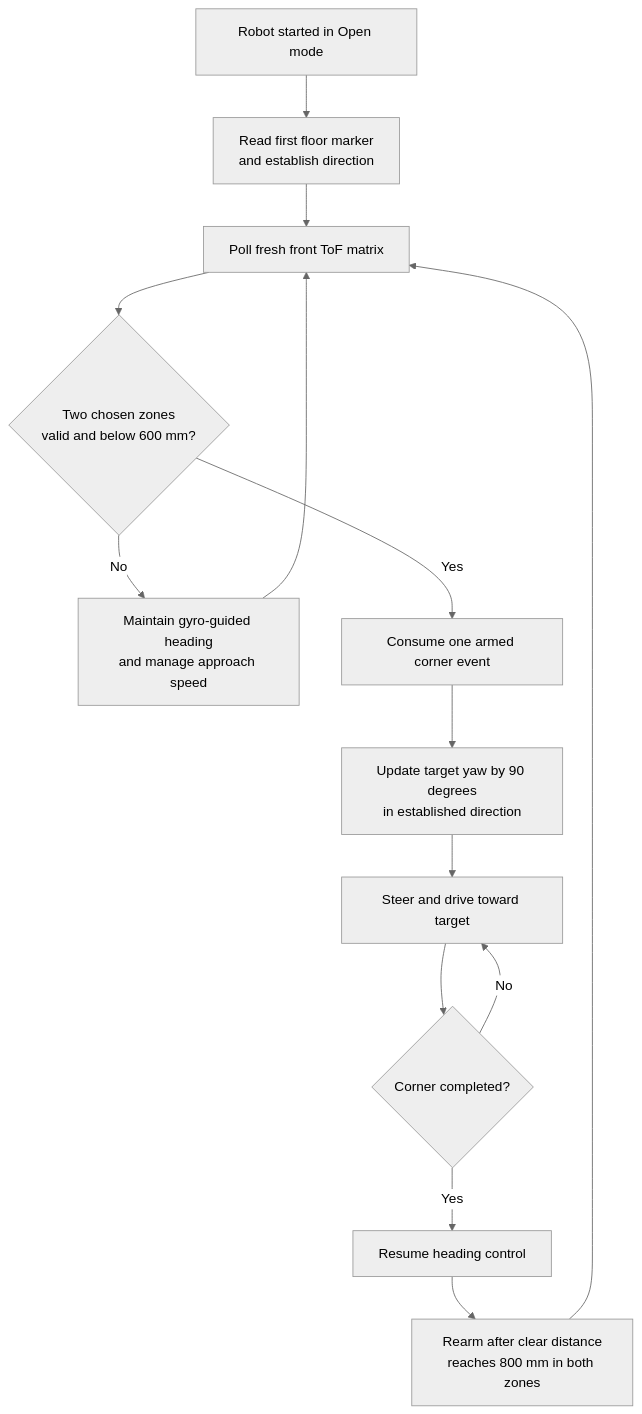
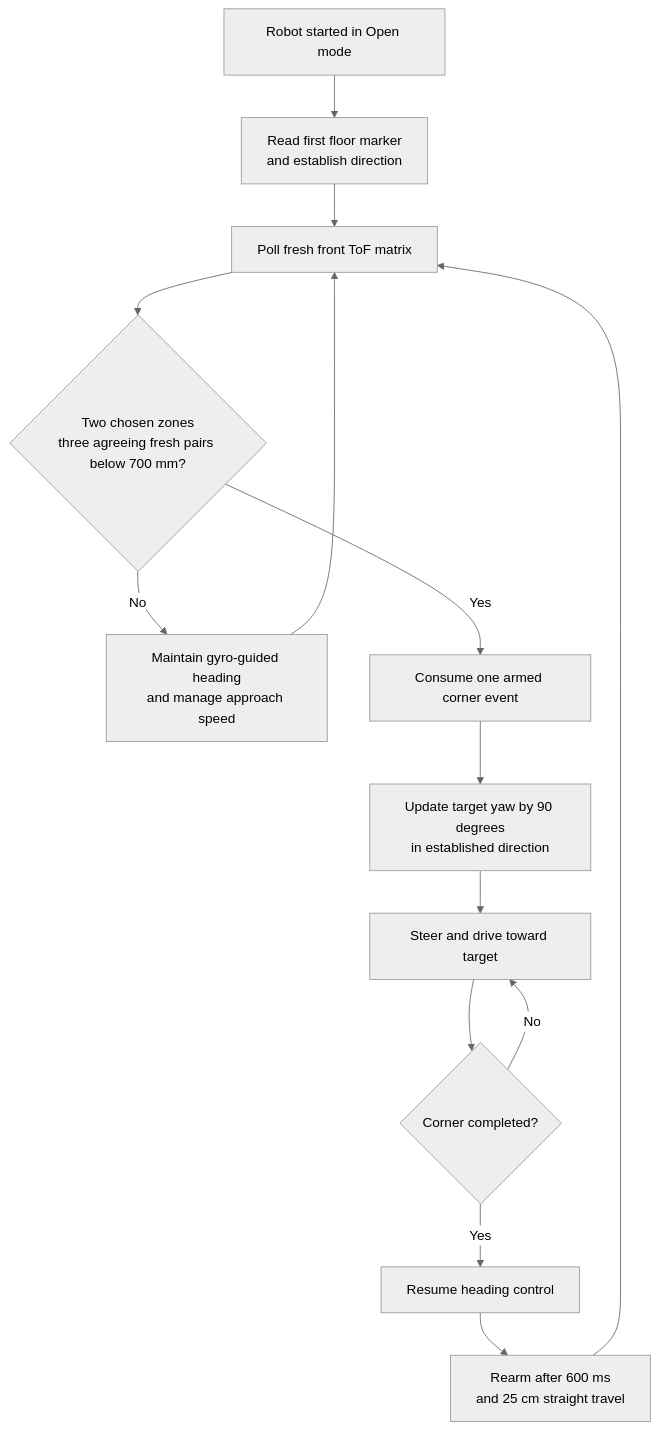
Before and after one commit to andreipopescufilimon/WRO2026_Future_Engineers: the second of 2 diagrams in docs/05-systems.md, drawn with Mermaid (neutral theme). The commit also changed other lines of this file and 53 other files, not shown here.

````diff
--- a/docs/05-systems.md
+++ b/docs/05-systems.md
@@ -227,16 +226,16 @@
 ```mermaid
 flowchart TD
     A["Robot started in Open mode"] --> B["Read first floor marker\nand establish direction"]
     B --> C["Poll fresh front ToF matrix"]
-    C --> D{"Two chosen zones\nvalid and below 600 mm?"}
+    C --> D{"Two chosen zones\nthree agreeing fresh pairs below 700 mm?"}
     D -->|No| E["Maintain gyro-guided heading\nand manage approach speed"]
     E --> C
     D -->|Yes| F["Consume one armed corner event"]
     F --> G["Update target yaw by 90 degrees\nin established direction"]
     G --> H["Steer and drive toward target"]
     H --> I{"Corner completed?"}
     I -->|No| H
     I -->|Yes| J["Resume heading control"]
-    J --> K["Rearm after clear distance\nreaches 800 mm in both zones"]
+    J --> K["Rearm after 600 ms\nand 25 cm straight travel"]
     K --> C
 ```
````
